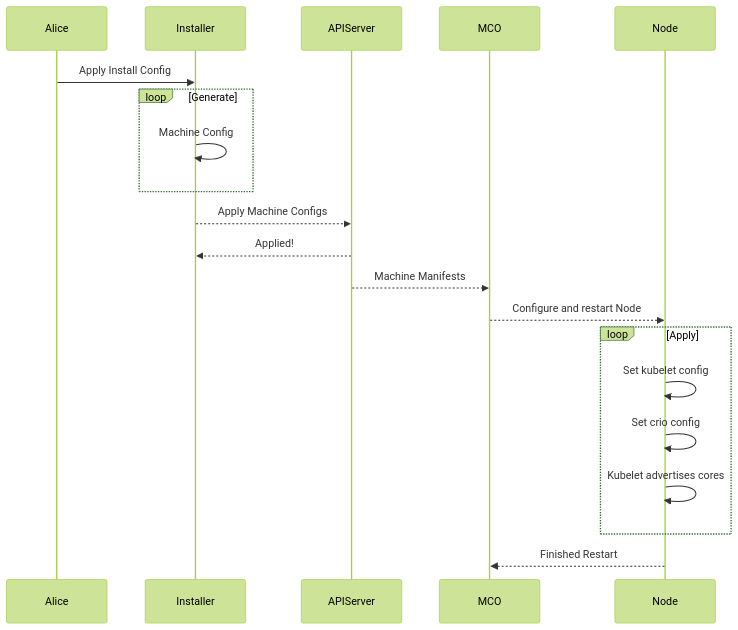
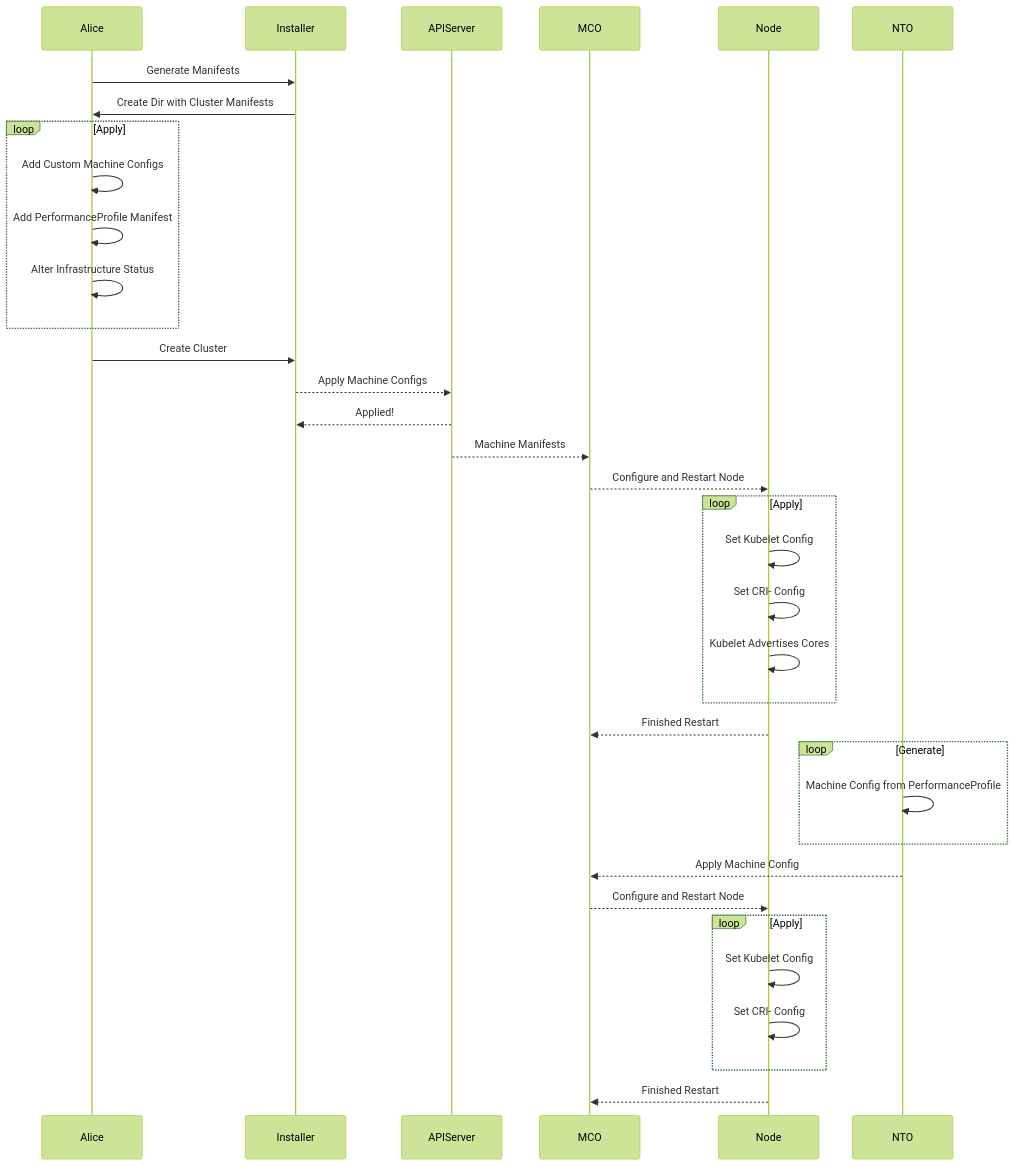
One commit to openshift/enhancements changed the first of 2 diagrams in enhancements/workload-partitioning/wide-availability-workload-partitioning.md. Above: the diagram before and after it, drawn with Mermaid (forest theme). The commit also changed other lines of this file, not shown here.

First line of the commit message:
updated to use manifest instead of installer config

````diff
--- a/enhancements/workload-partitioning/wide-availability-workload-partitioning.md
+++ b/enhancements/workload-partitioning/wide-availability-workload-partitioning.md
@@ -274,17 +273,31 @@
 ```mermaid
 sequenceDiagram
-Alice->>Installer: Apply Install Config
-loop Generate
-    Installer->>Installer: Machine Config
+Alice->>Installer: Generate Manifests
+Installer->>Alice: Create Dir with Cluster Manifests
+loop Apply
+    Alice->>Alice: Add Custom Machine Configs
+    Alice->>Alice: Add PerformanceProfile Manifest
+    Alice->>Alice: Alter Infrastructure Status
 end
+Alice->>Installer: Create Cluster
 Installer-->>APIServer: Apply Machine Configs
 APIServer-->>Installer: Applied!
 APIServer-->>MCO: Machine Manifests
-MCO-->>Node: Configure and restart Node
+MCO-->>Node: Configure and Restart Node
 loop Apply
-    Node->>Node: Set kubelet config
-    Node->>Node: Set crio config
-    Node->>Node: Kubelet advertises cores
+    Node->>Node: Set Kubelet Config
+    Node->>Node: Set CRI- Config
+    Node->>Node: Kubelet Advertises Cores
+end
+Node-->>MCO: Finished Restart
+loop Generate
+    NTO->>NTO: Machine Config from PerformanceProfile
+end
+NTO-->>MCO: Apply Machine Config
+MCO-->>Node: Configure and Restart Node
+loop Apply
+    Node->>Node: Set Kubelet Config
+    Node->>Node: Set CRI- Config
 end
 Node-->>MCO: Finished Restart
 ```
````
